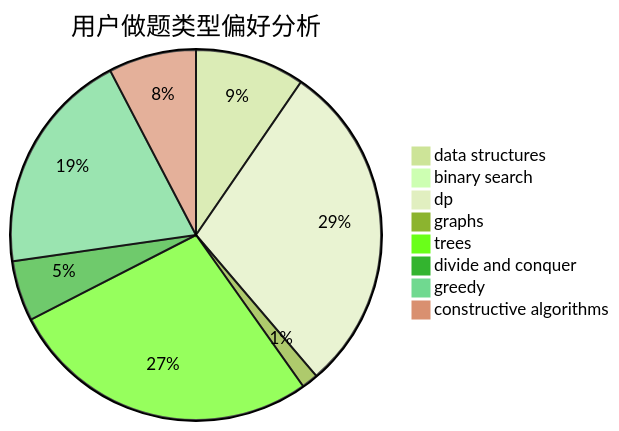
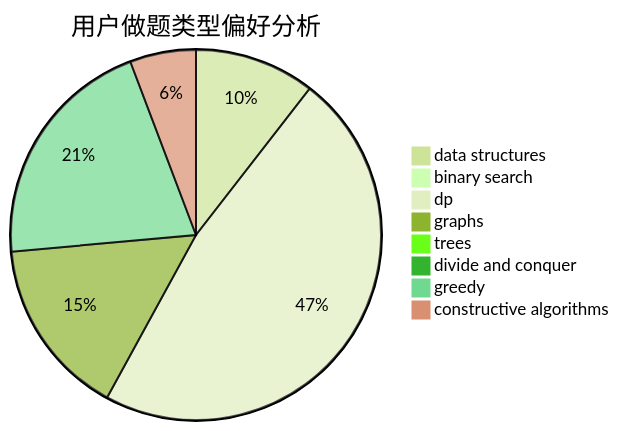
Before and after one commit to sherpahu/cfrs.github.io: the second of 3 diagrams in docs/user/u2268.md, drawn with Mermaid (forest theme). The commit also changed other lines of this file and 2770 other files, not shown here.

````diff
--- a/docs/user/u2268.md
+++ b/docs/user/u2268.md
@@ -23,11 +23,11 @@
 ```mermaid
 pie title 用户做题类型偏好分析
-    "data structures" :  20
+    "data structures" :  31
     "binary search" :  2
-    "dp" :  61
-    "graphs" :  3
-    "trees" :  57
-    "divide and conquer" :  11
-    "greedy" :  41
-    "constructive algorithms" :  16
+    "dp" :  140
+    "graphs" :  46
+    "trees" :  0
+    "divide and conquer" :  0
+    "greedy" :  61
+    "constructive algorithms" :  17
 ```
````
